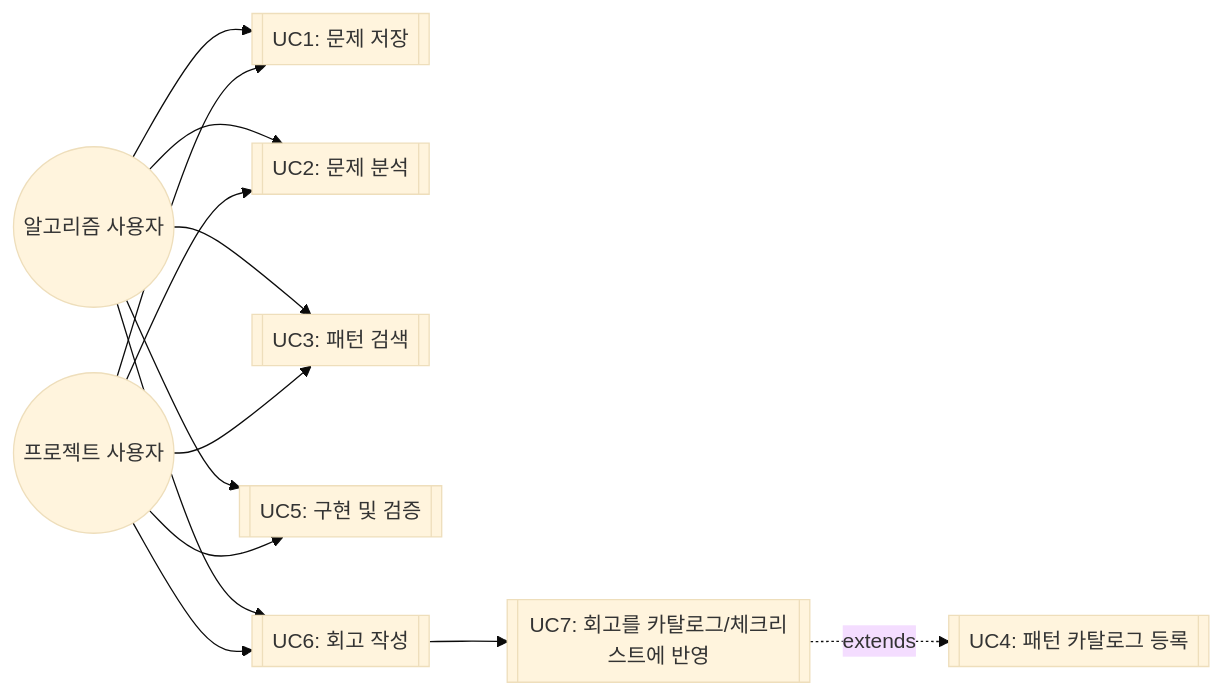
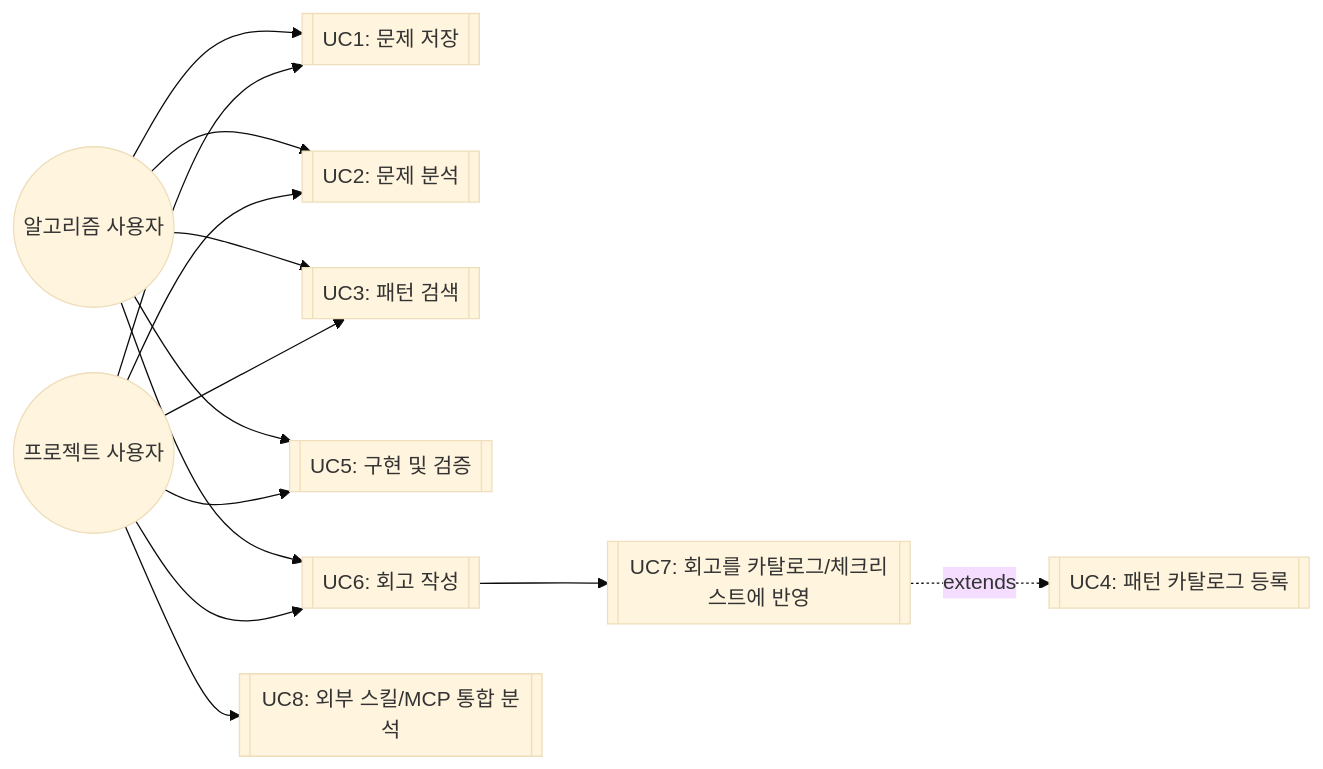
The second of 2 diagrams in docs/00-overview/README.md (gamercross/my-dev-process), drawn with Mermaid (base theme) before and after one commit. The commit also changed other lines of this file and 6 other files, not shown here.

````diff
--- a/docs/00-overview/README.md
+++ b/docs/00-overview/README.md
@@ -115,28 +115,30 @@
 ```mermaid
 flowchart LR
     A1((알고리즘 사용자))
     A2((프로젝트 사용자))
 
     UC1[[UC1: 문제 저장]]
     UC2[[UC2: 문제 분석]]
     UC3[[UC3: 패턴 검색]]
     UC4[[UC4: 패턴 카탈로그 등록]]
     UC5[[UC5: 구현 및 검증]]
     UC6[[UC6: 회고 작성]]
     UC7[[UC7: 회고를 카탈로그/체크리스트에 반영]]
+    UC8[[UC8: 외부 스킬/MCP 통합 분석]]
 
     A1 --> UC1
     A1 --> UC2
     A1 --> UC3
     A1 --> UC5
     A1 --> UC6
 
     A2 --> UC1
     A2 --> UC2
     A2 --> UC3
     A2 --> UC5
     A2 --> UC6
+    A2 --> UC8
 
     UC6 --> UC7
     UC7 -. extends .-> UC4
 ```
````
